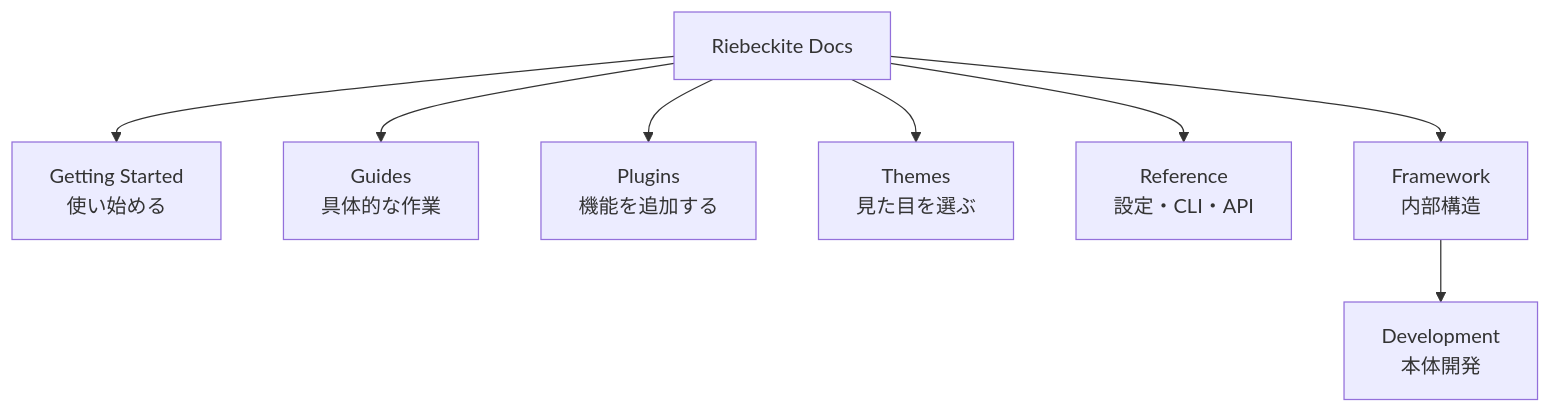
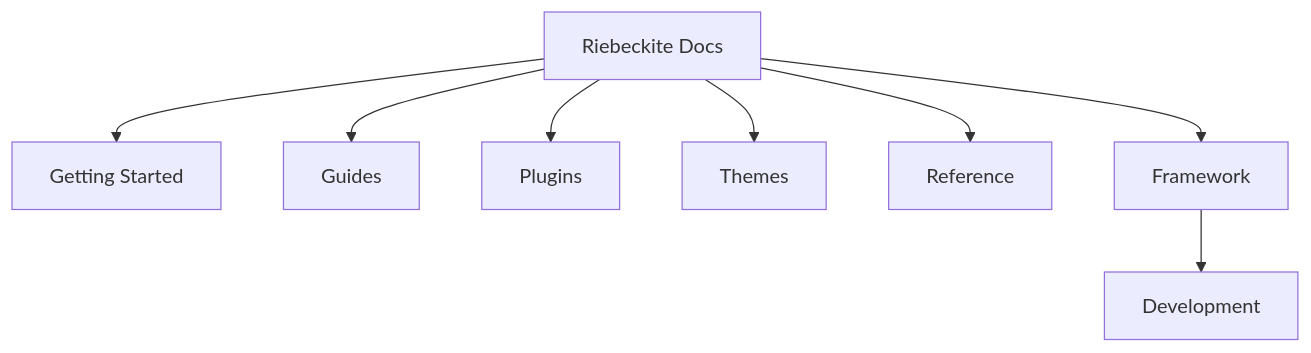
Before and after one commit to Rerurate514/riebeckite: the second of 4 diagrams in docs/README.md, drawn with Mermaid. The commit also changed other lines of this file and 604 other files, not shown here.

````diff
--- a/docs/README.md
+++ b/docs/README.md
@@ -94,13 +91,13 @@
-```mermaid id="kg88s5"
+```mermaid
 flowchart TD
     Docs["Riebeckite Docs"]
 
-    Docs --> Getting["Getting Started<br/>使い始める"]
-    Docs --> Guides["Guides<br/>具体的な作業"]
-    Docs --> Plugins["Plugins<br/>機能を追加する"]
-    Docs --> Themes["Themes<br/>見た目を選ぶ"]
-    Docs --> Reference["Reference<br/>設定・CLI・API"]
-    Docs --> Framework["Framework<br/>内部構造"]
+    Docs --> Getting["Getting Started"]
+    Docs --> Guides["Guides"]
+    Docs --> Plugins["Plugins"]
+    Docs --> Themes["Themes"]
+    Docs --> Reference["Reference"]
+    Docs --> Framework["Framework"]
 
-    Framework --> Development["Development<br/>本体開発"]
+    Framework --> Development["Development"]
 ```
````
